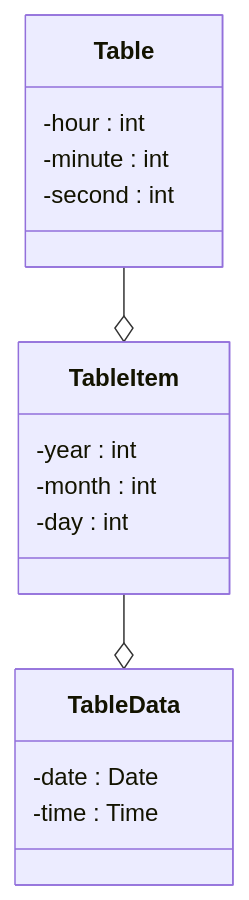
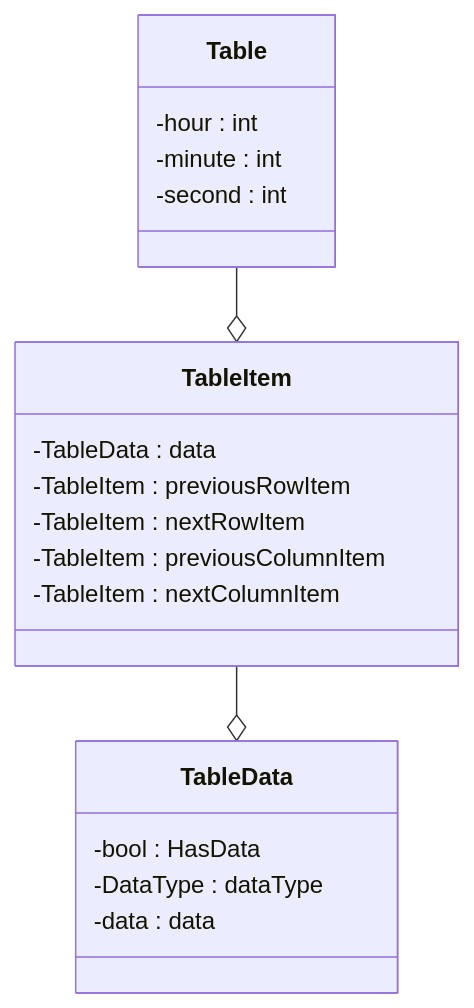
Before and after one commit to liupengzhouyi/MyNotion: the third of 3 diagrams in README.md, drawn with Mermaid. The commit also changed other lines of this file and 4 other files, not shown here.

````diff
--- a/README.md
+++ b/README.md
@@ -76,22 +75,25 @@
 ```mermaid
 classDiagram
   	direction TB
   		class Table {
-    			-hour : int
+    		-hour : int
 			-minute : int
 			-second : int
   		}
 		class TableItem {
-    			-year : int
-			-month : int
-			-day : int
+    		-TableData : data
+			-TableItem : previousRowItem
+			-TableItem : nextRowItem
+			-TableItem : previousColumnItem
+			-TableItem : nextColumnItem
   		}
 		class TableData {
-    			-date : Date
-			-time : Time
+    		-bool : HasData
+			-DataType : dataType
+			-data : data
   		}
 
 		Table --o TableItem
 		TableItem --o TableData
 
 ```
````
